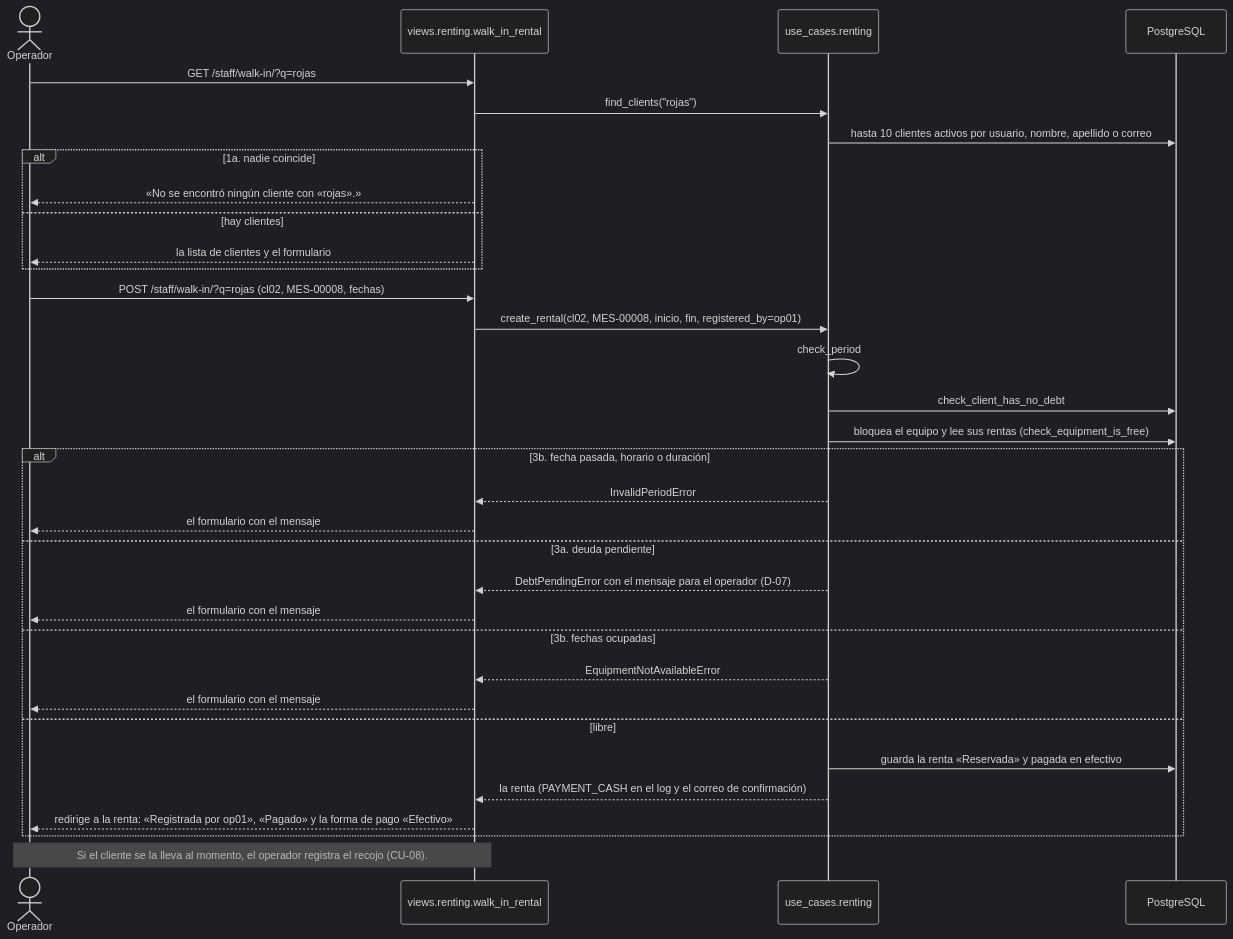
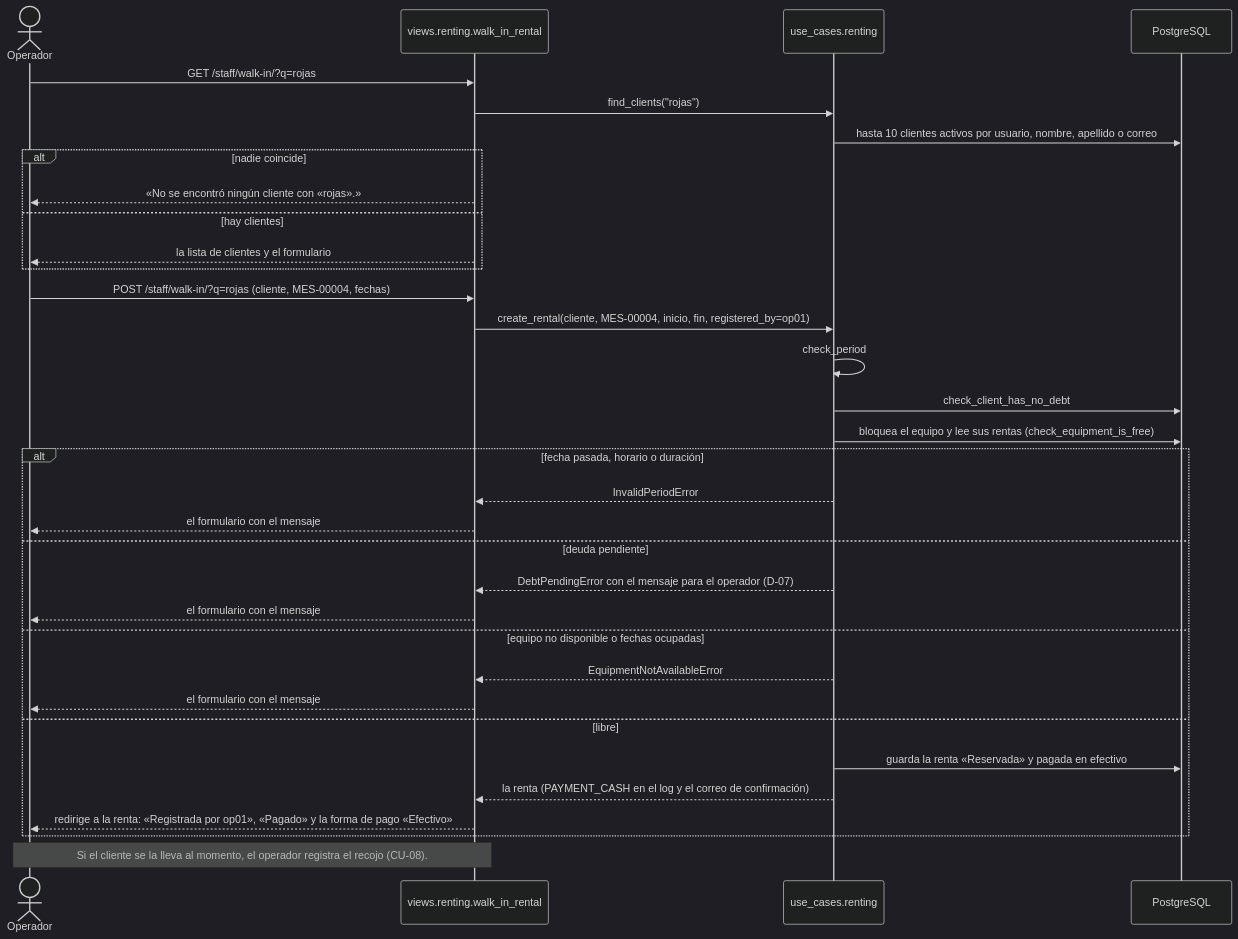
One commit to peterteranb/astra-rent-system changed diagram 11 of 39 in docs/casos-de-uso.md. Above: the diagram before and after it, drawn with Mermaid (dark theme). The commit also changed other lines of this file and 9 other files, not shown here.

````diff
--- a/docs/casos-de-uso.md
+++ b/docs/casos-de-uso.md
@@ -410,35 +527,35 @@
 ```mermaid
 sequenceDiagram
     actor O as Operador
     participant V as views.renting.walk_in_rental
     participant U as use_cases.renting
     participant BD as PostgreSQL
     O->>V: GET /staff/walk-in/?q=rojas
     V->>U: find_clients("rojas")
     U->>BD: hasta 10 clientes activos por usuario, nombre, apellido o correo
-    alt 1a. nadie coincide
+    alt nadie coincide
         V-->>O: «No se encontró ningún cliente con «rojas».»
     else hay clientes
         V-->>O: la lista de clientes y el formulario
     end
-    O->>V: POST /staff/walk-in/?q=rojas (cl02, MES-00008, fechas)
-    V->>U: create_rental(cl02, MES-00008, inicio, fin, registered_by=op01)
+    O->>V: POST /staff/walk-in/?q=rojas (cliente, MES-00004, fechas)
+    V->>U: create_rental(cliente, MES-00004, inicio, fin, registered_by=op01)
     U->>U: check_period
     U->>BD: check_client_has_no_debt
     U->>BD: bloquea el equipo y lee sus rentas (check_equipment_is_free)
-    alt 3b. fecha pasada, horario o duración
+    alt fecha pasada, horario o duración
         U-->>V: InvalidPeriodError
         V-->>O: el formulario con el mensaje
-    else 3a. deuda pendiente
+    else deuda pendiente
         U-->>V: DebtPendingError con el mensaje para el operador (D-07)
         V-->>O: el formulario con el mensaje
-    else 3b. fechas ocupadas
+    else equipo no disponible o fechas ocupadas
         U-->>V: EquipmentNotAvailableError
         V-->>O: el formulario con el mensaje
     else libre
         U->>BD: guarda la renta «Reservada» y pagada en efectivo
         U-->>V: la renta (PAYMENT_CASH en el log y el correo de confirmación)
         V-->>O: redirige a la renta: «Registrada por op01», «Pagado» y la forma de pago «Efectivo»
     end
     Note over O,V: Si el cliente se la lleva al momento, el operador registra el recojo (CU-08).
 ```
````
